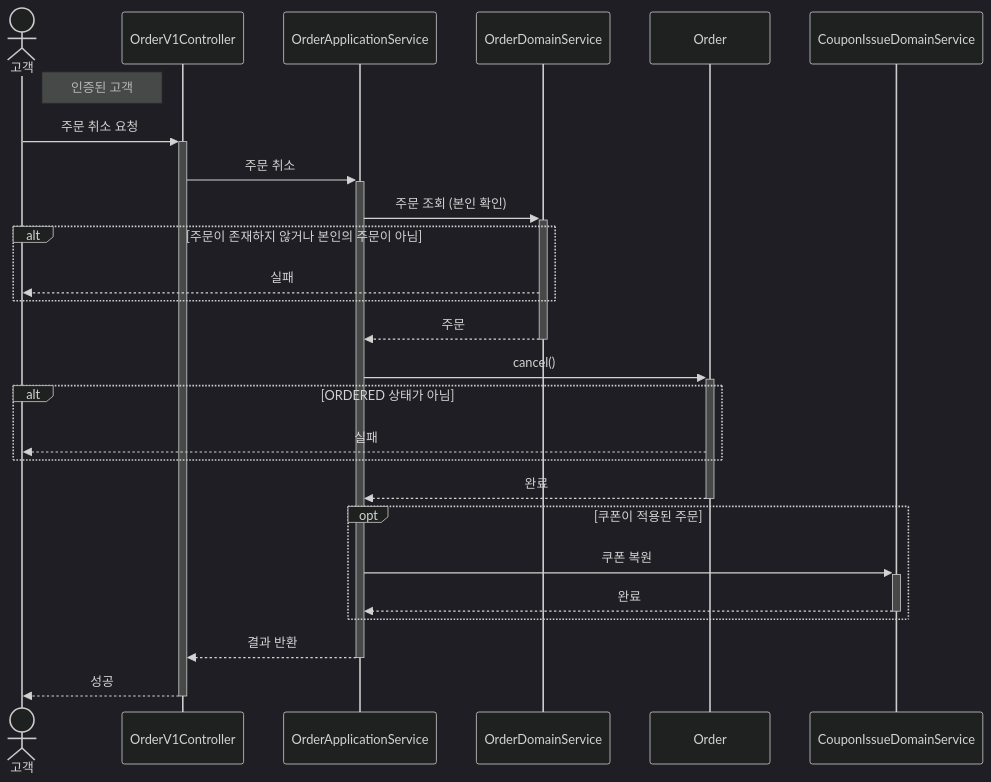
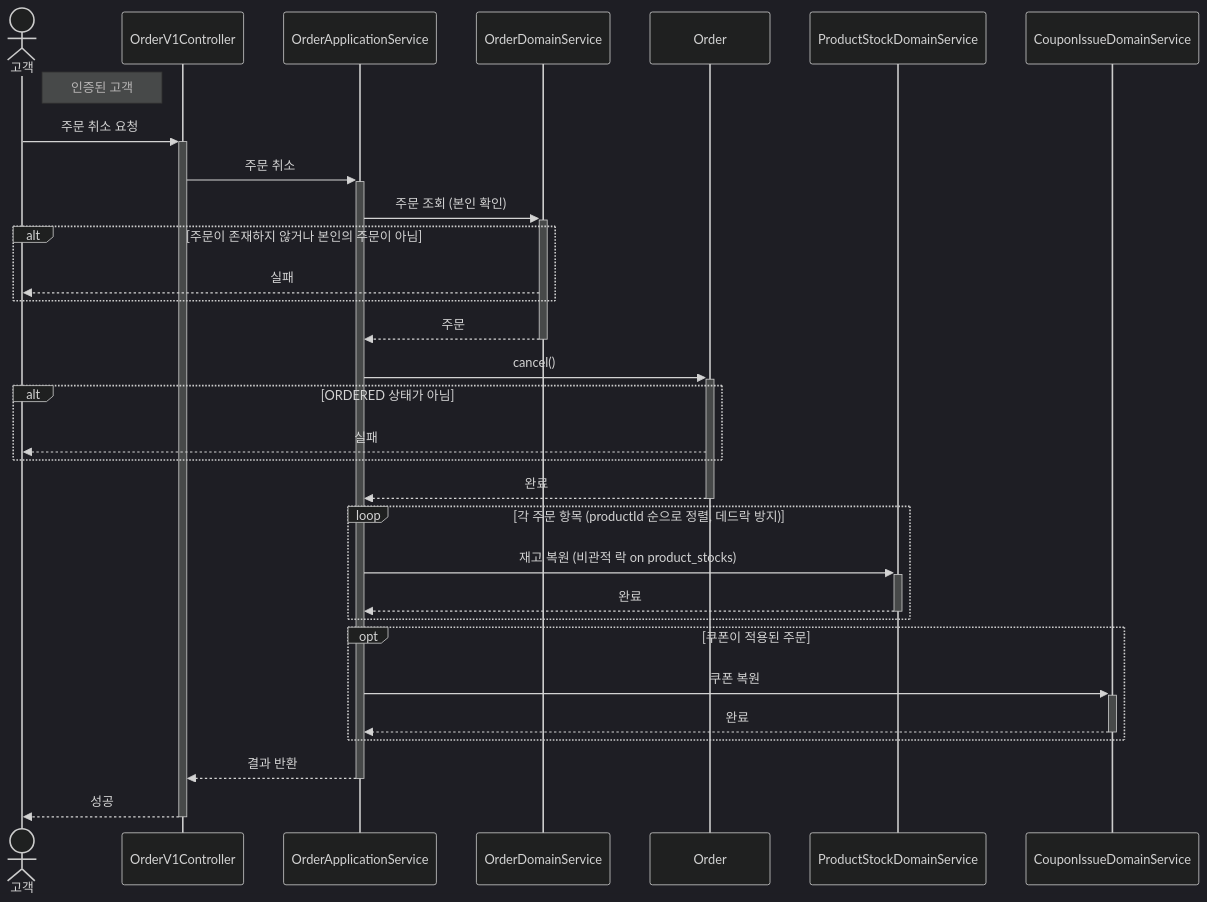
Before and after one commit to Loopers-dev-lab/loop-pack-be-l2-vol3-java: the seventh of 7 diagrams in .docs/02-sequence-diagrams.md, drawn with Mermaid (dark theme). The commit also changed other lines of this file and 3 other files, not shown here.

````diff
--- a/.docs/02-sequence-diagrams.md
+++ b/.docs/02-sequence-diagrams.md
@@ -363,34 +367,40 @@
 ```mermaid
 sequenceDiagram
     actor 고객
     participant OrderV1Controller
     participant OrderApplicationService
     participant OrderDomainService
     participant Order
+    participant ProductStockDomainService
     participant CouponIssueDomainService
 
     Note right of 고객: 인증된 고객
 
     고객->>+OrderV1Controller: 주문 취소 요청
     OrderV1Controller->>+OrderApplicationService: 주문 취소
 
     OrderApplicationService->>+OrderDomainService: 주문 조회 (본인 확인)
     alt 주문이 존재하지 않거나 본인의 주문이 아님
         OrderDomainService-->>고객: 실패
     end
     OrderDomainService-->>-OrderApplicationService: 주문
 
     OrderApplicationService->>+Order: cancel()
     alt ORDERED 상태가 아님
         Order-->>고객: 실패
     end
     Order-->>-OrderApplicationService: 완료
 
+    loop 각 주문 항목 (productId 순으로 정렬, 데드락 방지)
+        OrderApplicationService->>+ProductStockDomainService: 재고 복원 (비관적 락 on product_stocks)
+        ProductStockDomainService-->>-OrderApplicationService: 완료
+    end
+
     opt 쿠폰이 적용된 주문
         OrderApplicationService->>+CouponIssueDomainService: 쿠폰 복원
         CouponIssueDomainService-->>-OrderApplicationService: 완료
     end
 
     OrderApplicationService-->>-OrderV1Controller: 결과 반환
     OrderV1Controller-->>-고객: 성공
 ```
````
